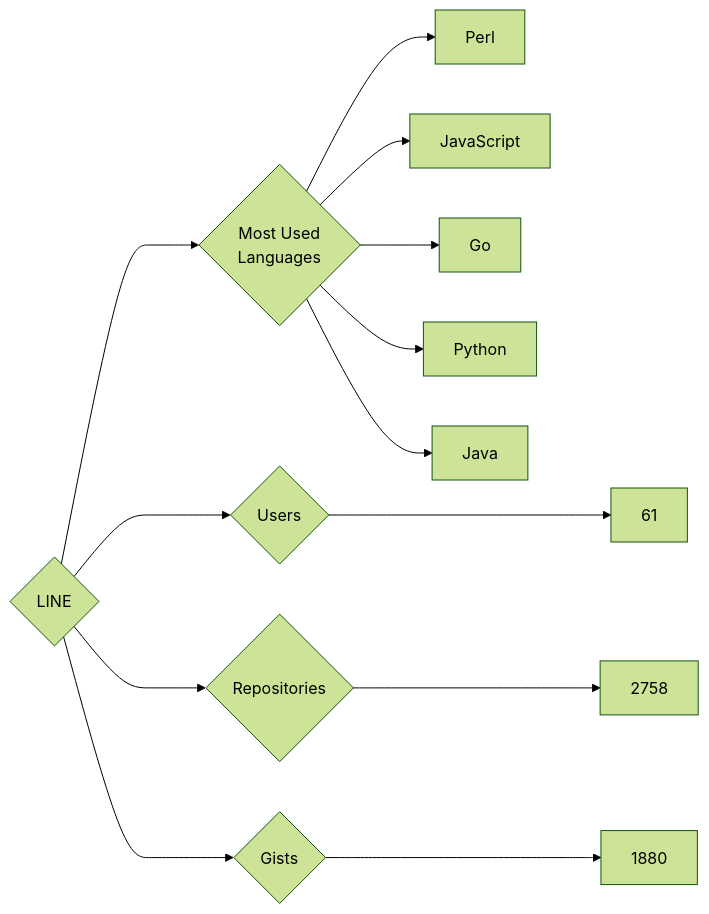
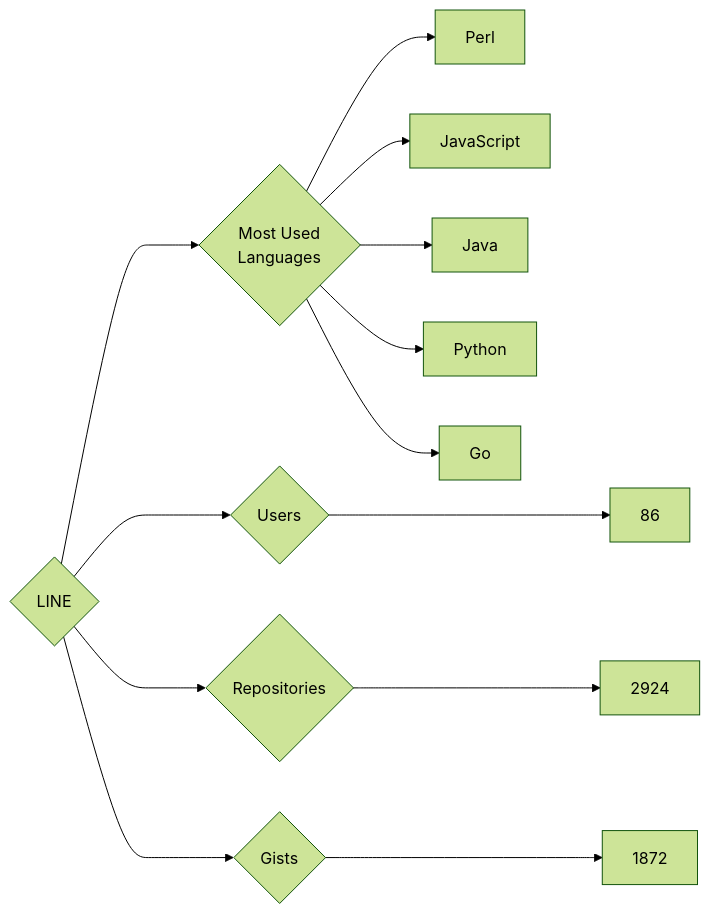
One commit to trickest/insiders changed the diagram in targets/LINE/README.md. Above: the diagram before and after it, drawn with Mermaid (forest theme). The commit also changed 935 other files, not shown here.

````diff
--- a/targets/LINE/README.md
+++ b/targets/LINE/README.md
@@ -3,13 +3,13 @@
 ```mermaid
 graph LR
 COMPANY_NAME{LINE}
-COMPANY_NAME ---> U{Users} ---> UN[61]
-COMPANY_NAME ---> R{Repositories} ---> RN[2758]
-COMPANY_NAME ---> G{Gists} ---> GN[1880]
+COMPANY_NAME ---> U{Users} ---> UN[86]
+COMPANY_NAME ---> R{Repositories} ---> RN[2924]
+COMPANY_NAME ---> G{Gists} ---> GN[1872]
 COMPANY_NAME ---> ML{Most Used<br>Languages}
 ML --> Perl[Perl]
 ML --> JavaScript[JavaScript]
+ML --> Java[Java]
+ML --> Python[Python]
 ML --> Go[Go]
-ML --> Python[Python]
-ML --> Java[Java]
 ```
````
